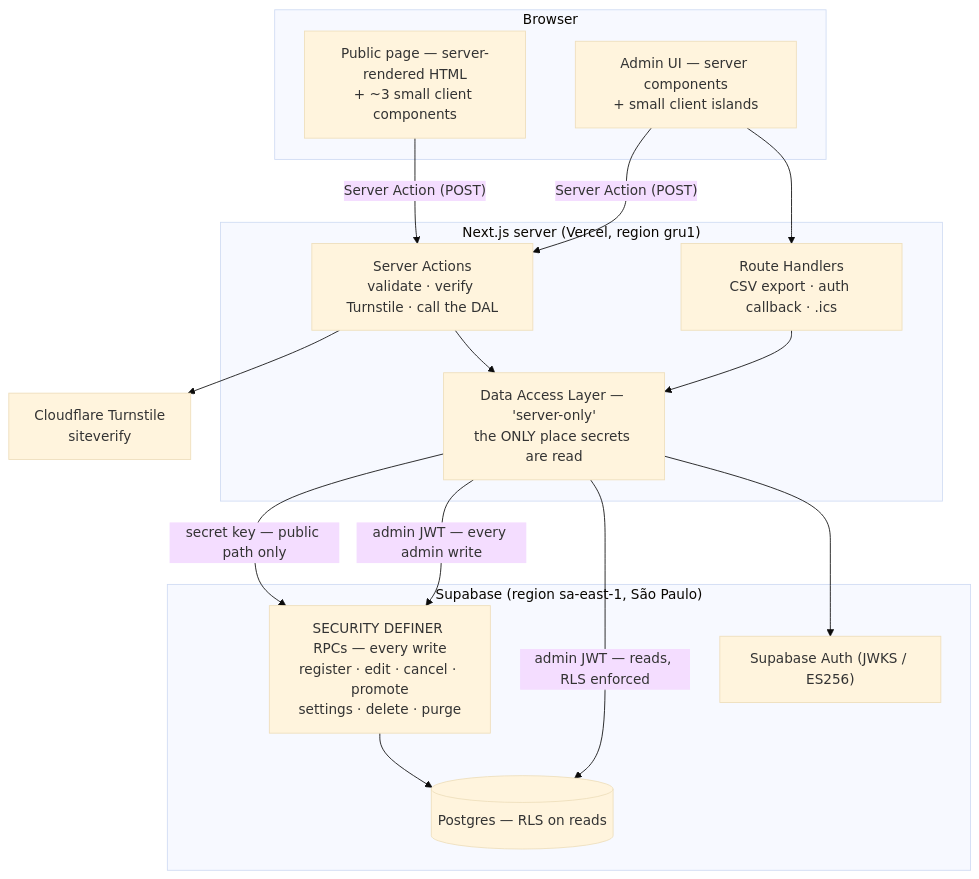
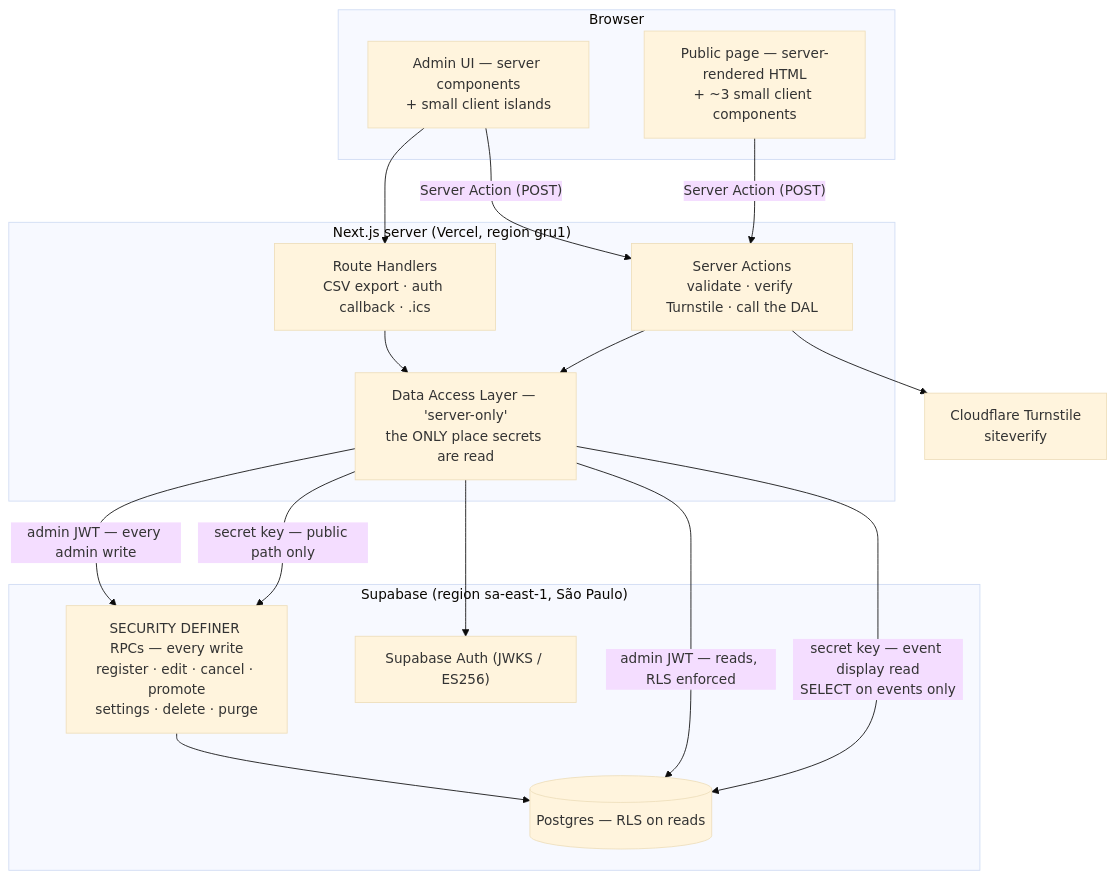
One commit to IgorFelipe7/euqueroadh changed the first of 3 diagrams in docs/ARCHITECTURE.md. Above: the diagram before and after it, drawn with Mermaid (base theme). The commit also changed other lines of this file and 34 other files, not shown here.

````diff
--- a/docs/ARCHITECTURE.md
+++ b/docs/ARCHITECTURE.md
@@ -83,33 +83,34 @@
 ```mermaid
 graph TD
     subgraph browser["Browser"]
         PUB["Public page — server-rendered HTML<br/>+ ~3 small client components"]
         ADM["Admin UI — server components<br/>+ small client islands"]
     end
 
     subgraph next["Next.js server (Vercel, region gru1)"]
         SA["Server Actions<br/>validate · verify Turnstile · call the DAL"]
         RH["Route Handlers<br/>CSV export · auth callback · .ics"]
         DAL["Data Access Layer — 'server-only'<br/>the ONLY place secrets are read"]
     end
 
     subgraph supa["Supabase (region sa-east-1, São Paulo)"]
         RPC["SECURITY DEFINER RPCs — every write<br/>register · edit · cancel · promote<br/>settings · delete · purge"]
         DB[("Postgres — RLS on reads")]
         AUTH["Supabase Auth (JWKS / ES256)"]
     end
 
     TS["Cloudflare Turnstile<br/>siteverify"]
 
     PUB -->|"Server Action (POST)"| SA
     ADM -->|"Server Action (POST)"| SA
     ADM --> RH
     SA --> TS
     SA --> DAL
     RH --> DAL
     DAL -->|"secret key — public path only"| RPC
+    DAL -->|"secret key — event display read<br/>SELECT on events only"| DB
     DAL -->|"admin JWT — every admin write"| RPC
     DAL -->|"admin JWT — reads, RLS enforced"| DB
     DAL --> AUTH
     RPC --> DB
 ```
````
